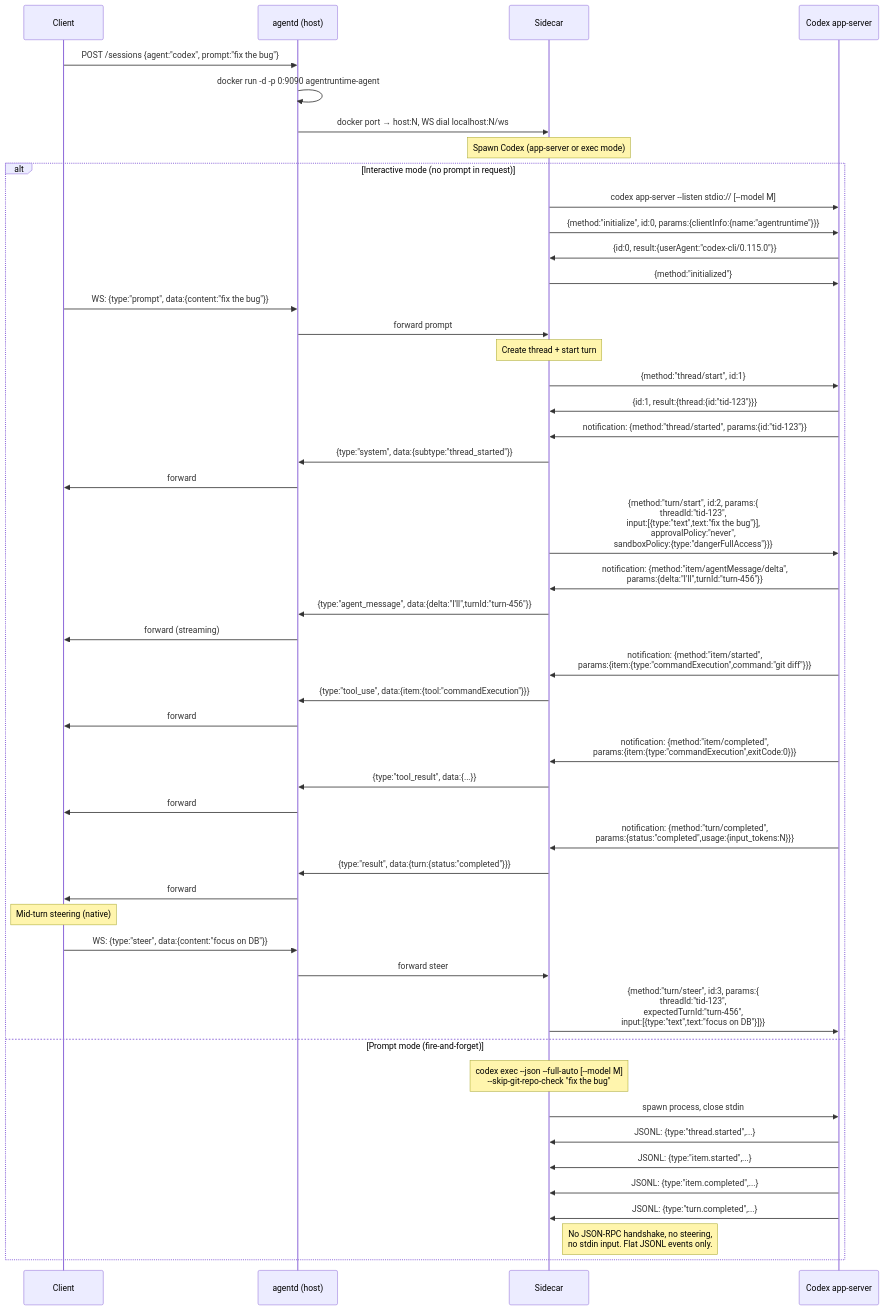
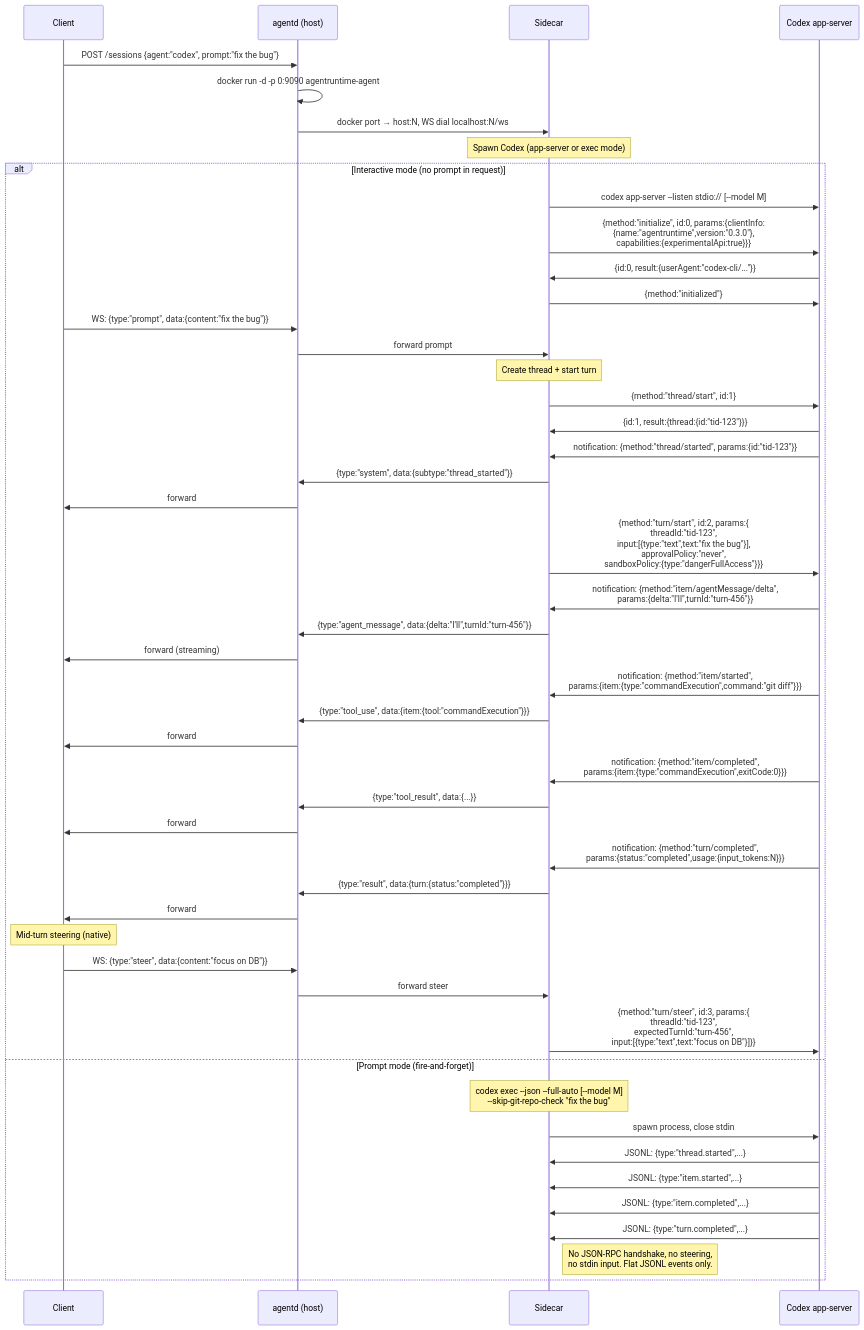
The third of 5 diagrams in docs/architecture-flows.md (danieliser/agentruntime), drawn with Mermaid before and after one commit. The commit also changed other lines of this file, not shown here.

Commit message:
docs: fix architecture-flows.md inaccuracies vs source code
Verified every sequence diagram, port, flag, event type, and flow
against cmd/sidecar/*.go and pkg/runtime/docker.go + wshandle.go.

Fixes:
- Codex initialize params: add missing version:"0.3.0" and
  capabilities:{experimentalApi:true} fields to match codex.go:333-340
- Codex initialize response: remove hardcoded version string
- Session resume row: mark --resume (Claude) and thread/resume (Codex)
  as "not yet wired" — neither is implemented in current code

Everything else verified correct:
- Claude spawn flags (interactive + prompt mode)
- Sidecar port 9090, MCP WS on random localhost port
- Docker run -p 0:9090, docker port, dialSidecar flow
- All 5 command types (prompt, interrupt, steer, context, mention)
- All 8 event types (agent_message, tool_use, tool_result, result,
  progress, system, error, exit)
- Claude auto-approval (can_use_tool → behavior:allow)
- Codex auto-approval (requestApproval → decision:accept)
- Codex turn/steer params match code
- Codex exec mode JSONL event types match code

````diff
--- a/docs/architecture-flows.md
+++ b/docs/architecture-flows.md
@@ -86,61 +86,61 @@
 ```mermaid
 sequenceDiagram
     participant C as Client
     participant H as agentd (host)
     participant S as Sidecar
     participant CX as Codex app-server
 
     C->>H: POST /sessions {agent:"codex", prompt:"fix the bug"}
     H->>H: docker run -d -p 0:9090 agentruntime-agent
     H->>S: docker port → host:N, WS dial localhost:N/ws
 
     Note over S: Spawn Codex (app-server or exec mode)
     alt Interactive mode (no prompt in request)
     S->>CX: codex app-server --listen stdio:// [--model M]
-    S->>CX: {method:"initialize", id:0, params:{clientInfo:{name:"agentruntime"}}}
-    CX->>S: {id:0, result:{userAgent:"codex-cli/0.115.0"}}
+    S->>CX: {method:"initialize", id:0, params:{clientInfo:<br/>{name:"agentruntime",version:"0.3.0"},<br/>capabilities:{experimentalApi:true}}}
+    CX->>S: {id:0, result:{userAgent:"codex-cli/..."}}
     S->>CX: {method:"initialized"}
 
     C->>H: WS: {type:"prompt", data:{content:"fix the bug"}}
     H->>S: forward prompt
 
     Note over S: Create thread + start turn
     S->>CX: {method:"thread/start", id:1}
     CX->>S: {id:1, result:{thread:{id:"tid-123"}}}
     CX->>S: notification: {method:"thread/started", params:{id:"tid-123"}}
     S->>H: {type:"system", data:{subtype:"thread_started"}}
     H->>C: forward
 
     S->>CX: {method:"turn/start", id:2, params:{<br/>threadId:"tid-123",<br/>input:[{type:"text",text:"fix the bug"}],<br/>approvalPolicy:"never",<br/>sandboxPolicy:{type:"dangerFullAccess"}}}
 
     CX->>S: notification: {method:"item/agentMessage/delta",<br/>params:{delta:"I'll",turnId:"turn-456"}}
     S->>H: {type:"agent_message", data:{delta:"I'll",turnId:"turn-456"}}
     H->>C: forward (streaming)
 
     CX->>S: notification: {method:"item/started",<br/>params:{item:{type:"commandExecution",command:"git diff"}}}
     S->>H: {type:"tool_use", data:{item:{tool:"commandExecution"}}}
     H->>C: forward
 
     CX->>S: notification: {method:"item/completed",<br/>params:{item:{type:"commandExecution",exitCode:0}}}
     S->>H: {type:"tool_result", data:{...}}
     H->>C: forward
 
     CX->>S: notification: {method:"turn/completed",<br/>params:{status:"completed",usage:{input_tokens:N}}}
     S->>H: {type:"result", data:{turn:{status:"completed"}}}
     H->>C: forward
 
     Note over C: Mid-turn steering (native)
     C->>H: WS: {type:"steer", data:{content:"focus on DB"}}
     H->>S: forward steer
     S->>CX: {method:"turn/steer", id:3, params:{<br/>threadId:"tid-123",<br/>expectedTurnId:"turn-456",<br/>input:[{type:"text",text:"focus on DB"}]}}
 
     else Prompt mode (fire-and-forget)
     Note over S: codex exec --json --full-auto [--model M]<br/>--skip-git-repo-check "fix the bug"
     S->>CX: spawn process, close stdin
     CX->>S: JSONL: {type:"thread.started",...}
     CX->>S: JSONL: {type:"item.started",...}
     CX->>S: JSONL: {type:"item.completed",...}
     CX->>S: JSONL: {type:"turn.completed",...}
     Note right of S: No JSON-RPC handshake, no steering,<br/>no stdin input. Flat JSONL events only.
     end
 ```
````
